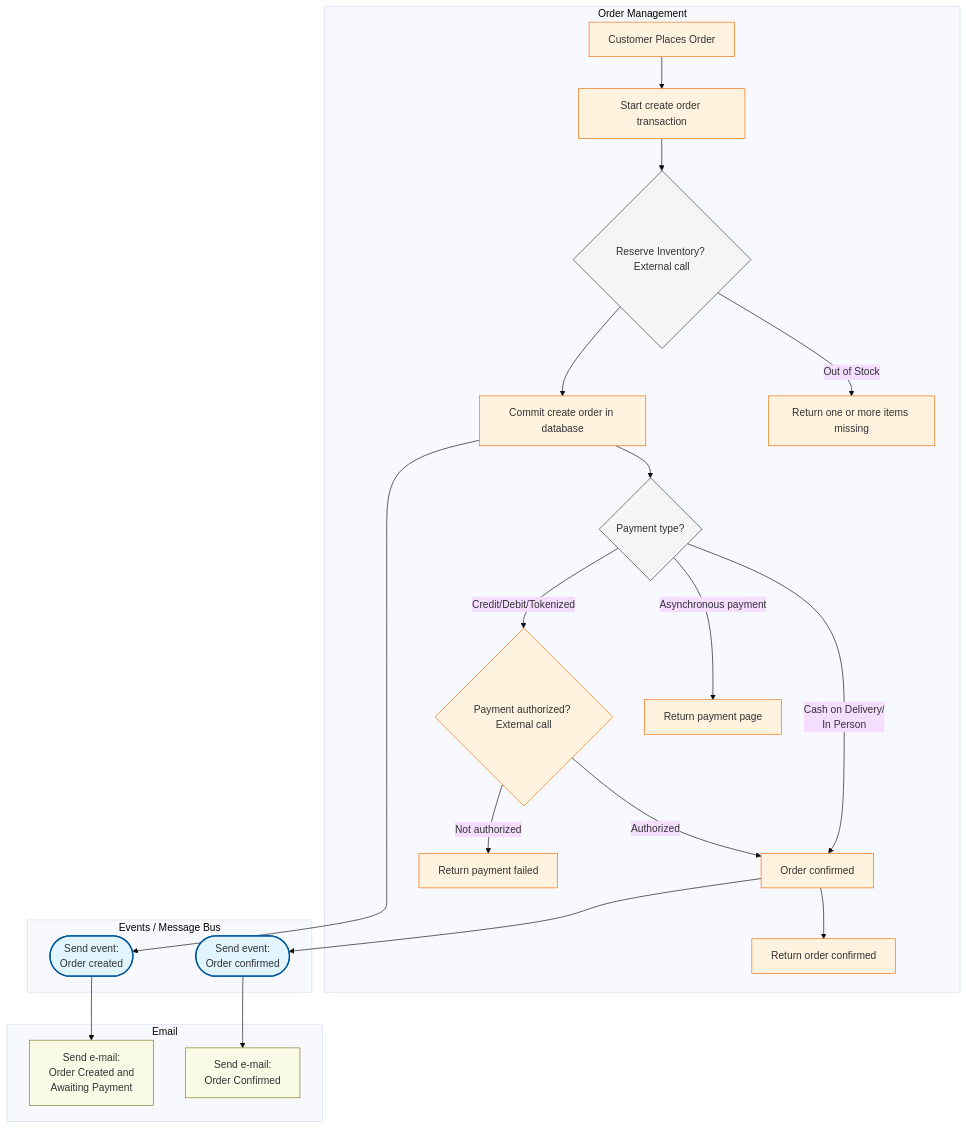
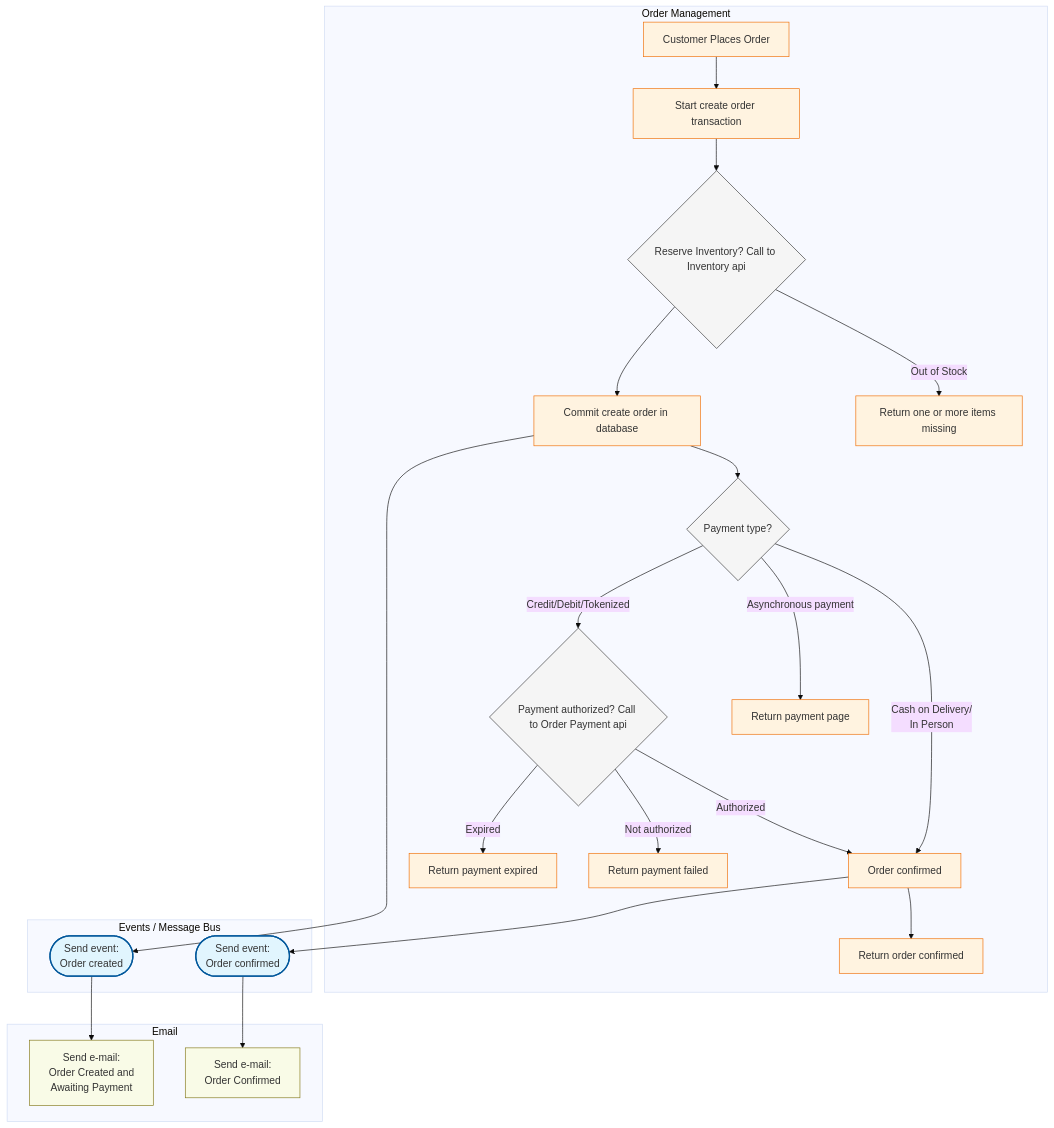
One commit to RobertoFreireDev/Order-Management changed the first of 4 diagrams in README.md. Above: the diagram before and after it, drawn with Mermaid (base theme). The commit also changed other lines of this file, not shown here.

Commit message:
clean up payment

````diff
--- a/README.md
+++ b/README.md
@@ -5,44 +5,45 @@
 ```mermaid
 flowchart TD
     %% Subgraph Styling
     classDef event fill:#e1f5fe,stroke:#01579b,stroke-width:2px;
     classDef logic fill:#f5f5f5,stroke:#333,stroke-width:1px;
     classDef order fill:#fff3e0,stroke:#ef6c00,stroke-width:1px;
     classDef note fill:#f9fbe7,stroke:#827717,stroke-width:1px;
 
     subgraph Order_Creation [Order Management]
         A[Customer Places Order] --> A1[Start create order transaction]
-        A1 --> B{Reserve Inventory? External call}
+        A1 --> B{Reserve Inventory? Call to Inventory api}
         B -->|Out of Stock| C[Return one or more items missing]
         B --> B2[Commit create order in database]
         B2 --> D2{Payment type?}
         D2--> |"Cash on Delivery/<br/>In Person"| D1[Order confirmed]       
         D5 --> |"Authorized"| D1
         D5 --> |"Not authorized"| D6[Return payment failed]
+        D5 --> |"Expired"| D7[Return payment expired]
         D2 --> |"Asynchronous payment"| E1[Return payment page]
         D1--> D3[Return order confirmed]
-        D2 --> |"Credit/Debit/Tokenized"| D5{Payment authorized? External call}
+        D2 --> |"Credit/Debit/Tokenized"| D5{Payment authorized? Call to Order Payment api}
     end
 
     subgraph Events [Events / Message Bus]
         H([Send event:<br/>Order confirmed])
         H1([Send event:<br/>Order created])
     end
 
     subgraph Email [Email]
         I[Send e-mail: <br/>Order Confirmed]
         I1[Send e-mail: <br/>Order Created and<br/>Awaiting Payment]
     end
 
     %% Logic to Events
     H --> I
     H1 --> I1
     D1 --> H
     B2 --> H1
 
     %% Class Assignments
     class H,H1 event;
-    class B,D2 logic;
-    class A,A1,B1,B2,C,D,D1,D3,E1,D4,D5,D6 order;
+    class B,D2,D5 logic;
+    class A,A1,B1,B2,C,D,D1,D3,E1,D4,D6,D7 order;
     class I,I1 note;
 ```
````
